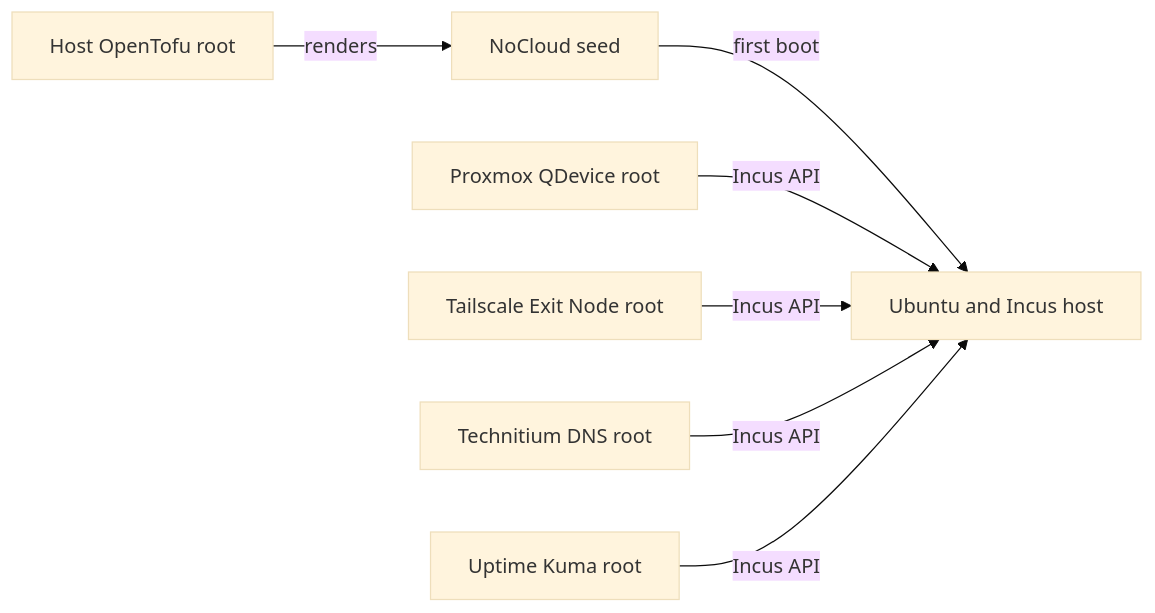
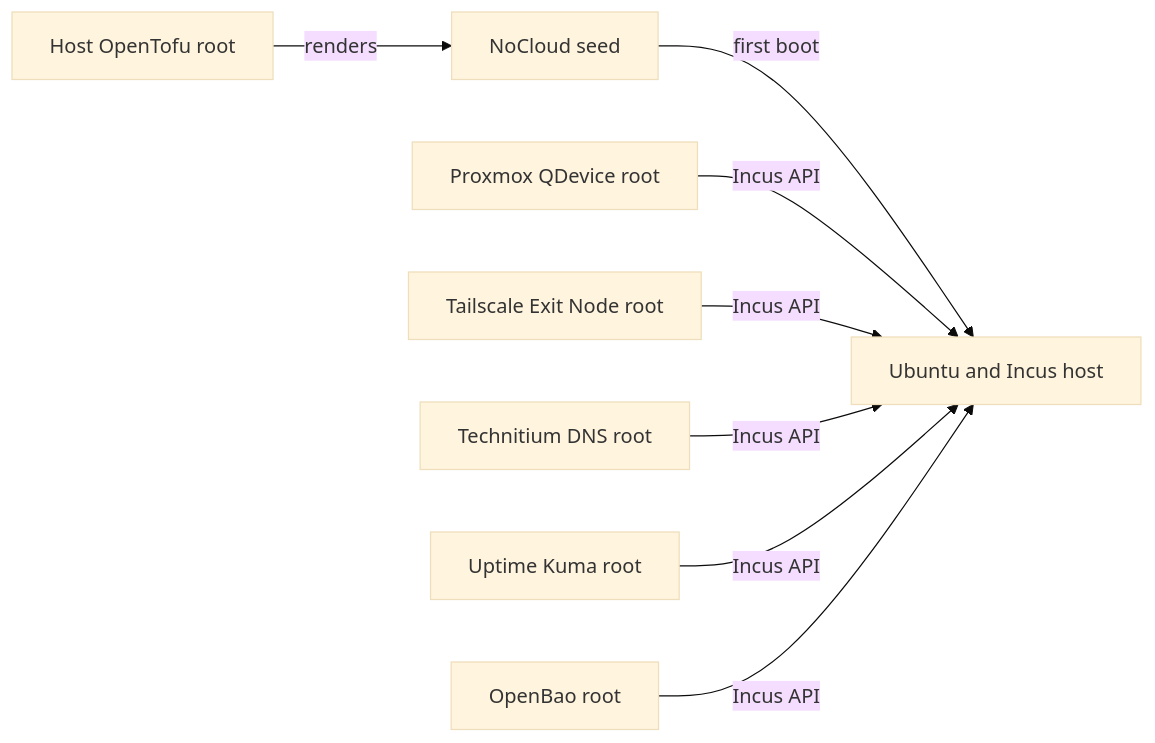
Before and after one commit to lexedwards/homelab: the diagram in hosts/micro-node/README.md, drawn with Mermaid (base theme). The commit also changed other lines of this file and 19 other files, not shown here.

````diff
--- a/hosts/micro-node/README.md
+++ b/hosts/micro-node/README.md
@@ -121,9 +122,10 @@
 ```mermaid
 flowchart LR
     T[Host OpenTofu root] -->|renders| S[NoCloud seed]
     S -->|first boot| H[Ubuntu and Incus host]
     Q[Proxmox QDevice root] -->|Incus API| H
     E[Tailscale Exit Node root] -->|Incus API| H
     D[Technitium DNS root] -->|Incus API| H
     U[Uptime Kuma root] -->|Incus API| H
+    B[OpenBao root] -->|Incus API| H
 ```
````
